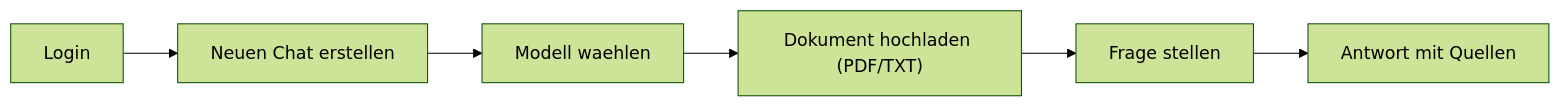
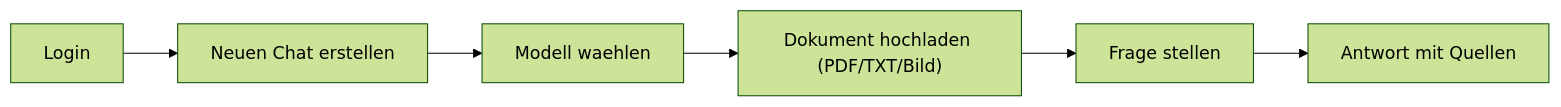
One commit to christian-rost/xqt5-ai-plattform changed the first of 2 diagrams in docs/ANWENDER-QUICKSTART.md. Above: the diagram before and after it, drawn with Mermaid (forest theme). The commit also changed other lines of this file and 7 other files, not shown here.

````diff
--- a/docs/ANWENDER-QUICKSTART.md
+++ b/docs/ANWENDER-QUICKSTART.md
@@ -18,8 +18,8 @@
 ```mermaid
 flowchart LR
     A["Login"] --> B["Neuen Chat erstellen"]
     B --> C["Modell waehlen"]
-    C --> D["Dokument hochladen (PDF/TXT)"]
+    C --> D["Dokument hochladen (PDF/TXT/Bild)"]
     D --> E["Frage stellen"]
     E --> F["Antwort mit Quellen"]
 ```
````
